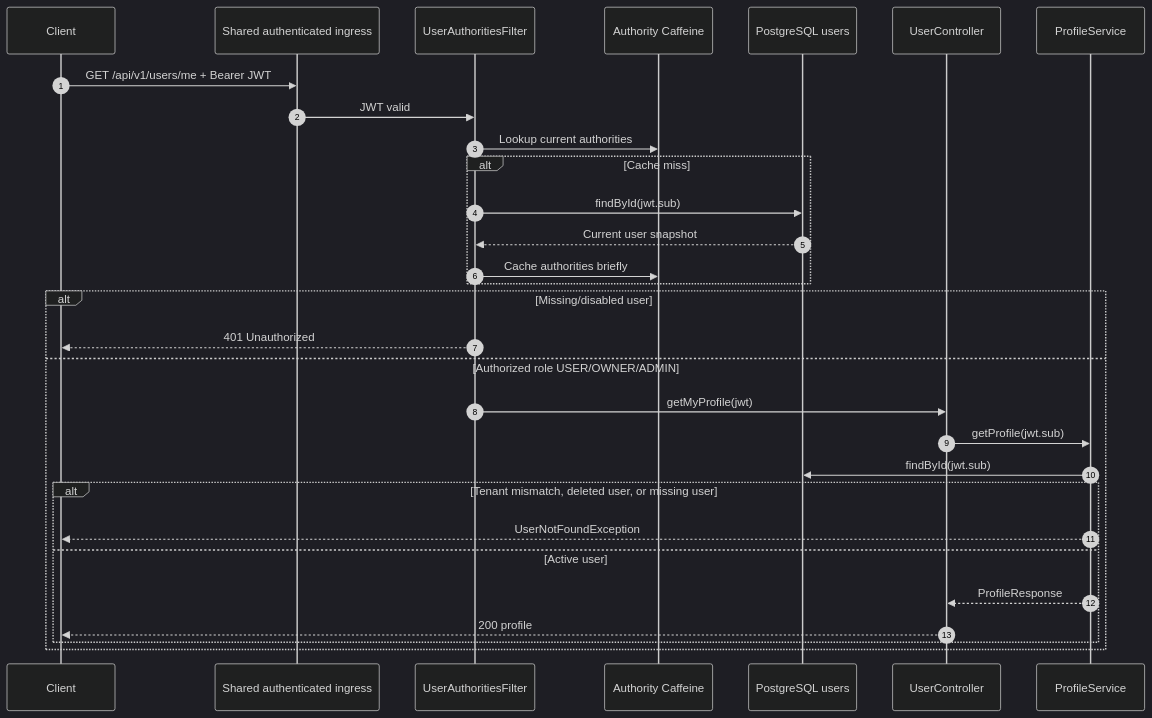
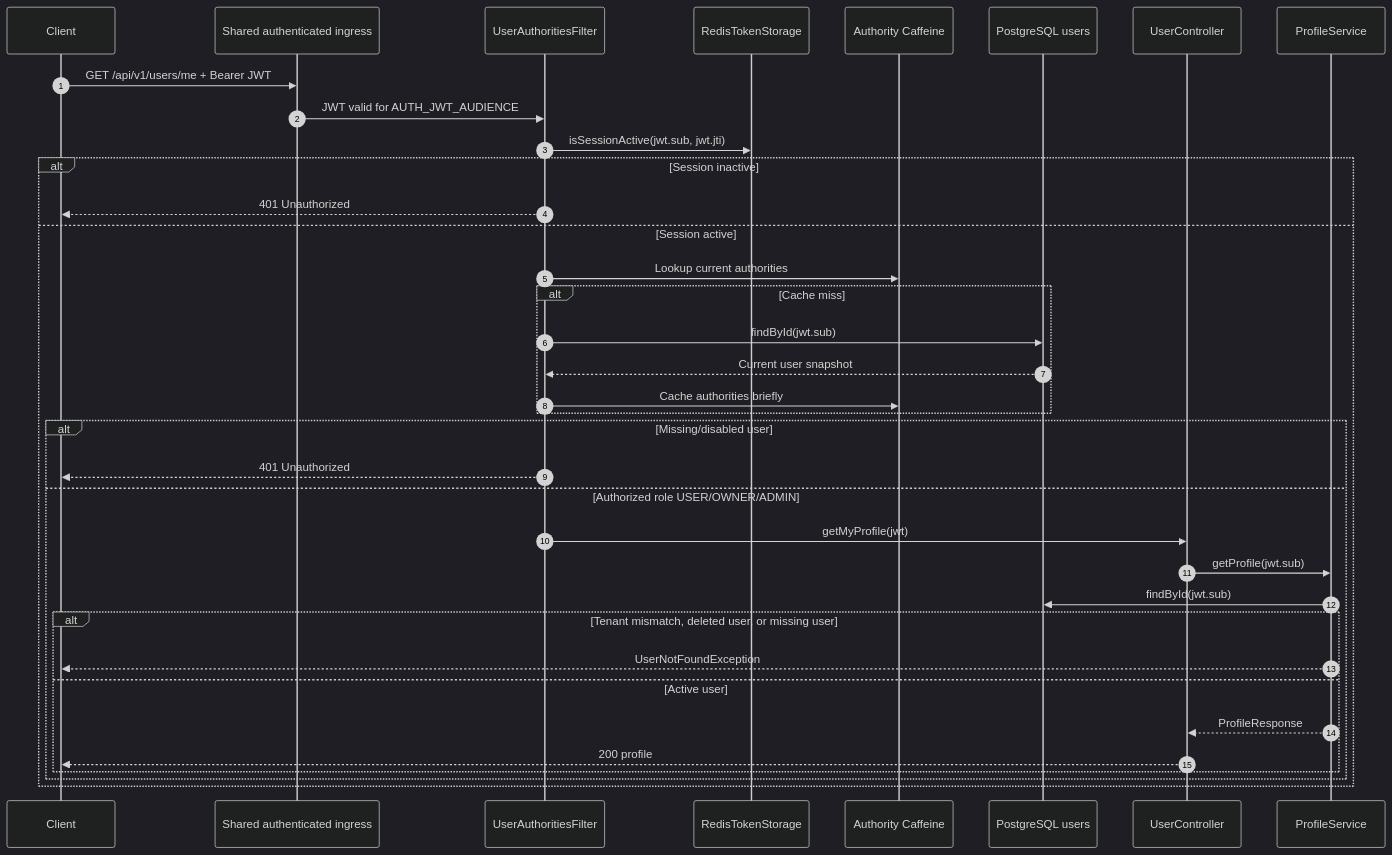
Before and after one commit to brenomega/authkit: diagram 11 of 26 in SYSTEM_USE_CASE_FLOWS.md, drawn with Mermaid (dark theme). The commit also changed other lines of this file and 53 other files, not shown here.

````diff
--- a/SYSTEM_USE_CASE_FLOWS.md
+++ b/SYSTEM_USE_CASE_FLOWS.md
@@ -622,33 +648,39 @@
 ```mermaid
 sequenceDiagram
     autonumber
     participant C as Client
     participant I as Shared authenticated ingress
     participant AF as UserAuthoritiesFilter
+    participant TS as RedisTokenStorage
     participant ACa as Authority Caffeine
     participant DB as PostgreSQL users
     participant UC as UserController
     participant PS as ProfileService
 
     C->>I: GET /api/v1/users/me + Bearer JWT
-    I->>AF: JWT valid
-    AF->>ACa: Lookup current authorities
-    alt Cache miss
-        AF->>DB: findById(jwt.sub)
-        DB-->>AF: Current user snapshot
-        AF->>ACa: Cache authorities briefly
-    end
-    alt Missing/disabled user
+    I->>AF: JWT valid for AUTH_JWT_AUDIENCE
+    AF->>TS: isSessionActive(jwt.sub, jwt.jti)
+    alt Session inactive
         AF-->>C: 401 Unauthorized
-    else Authorized role USER/OWNER/ADMIN
-        AF->>UC: getMyProfile(jwt)
-        UC->>PS: getProfile(jwt.sub)
-        PS->>DB: findById(jwt.sub)
-        alt Tenant mismatch, deleted user, or missing user
-            PS-->>C: UserNotFoundException
-        else Active user
-            PS-->>UC: ProfileResponse
-            UC-->>C: 200 profile
+    else Session active
+        AF->>ACa: Lookup current authorities
+        alt Cache miss
+            AF->>DB: findById(jwt.sub)
+            DB-->>AF: Current user snapshot
+            AF->>ACa: Cache authorities briefly
+        end
+        alt Missing/disabled user
+            AF-->>C: 401 Unauthorized
+        else Authorized role USER/OWNER/ADMIN
+            AF->>UC: getMyProfile(jwt)
+            UC->>PS: getProfile(jwt.sub)
+            PS->>DB: findById(jwt.sub)
+            alt Tenant mismatch, deleted user, or missing user
+                PS-->>C: UserNotFoundException
+            else Active user
+                PS-->>UC: ProfileResponse
+                UC-->>C: 200 profile
+            end
         end
     end
 ```
````
